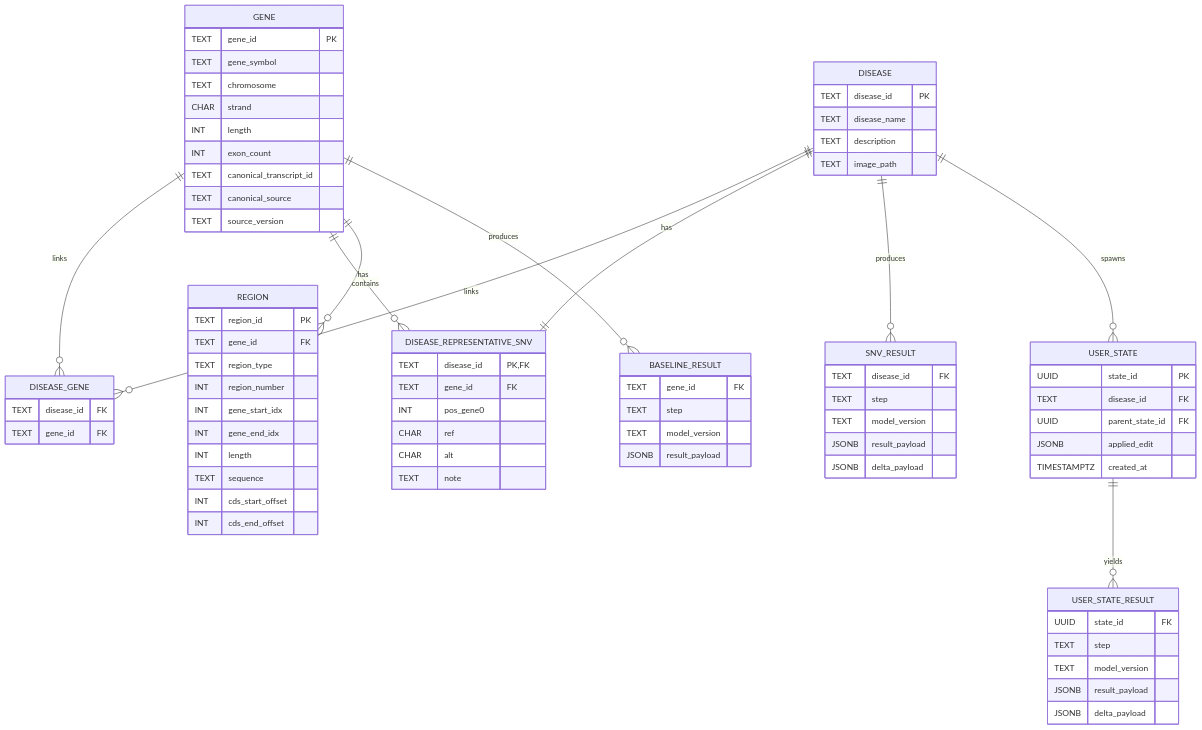
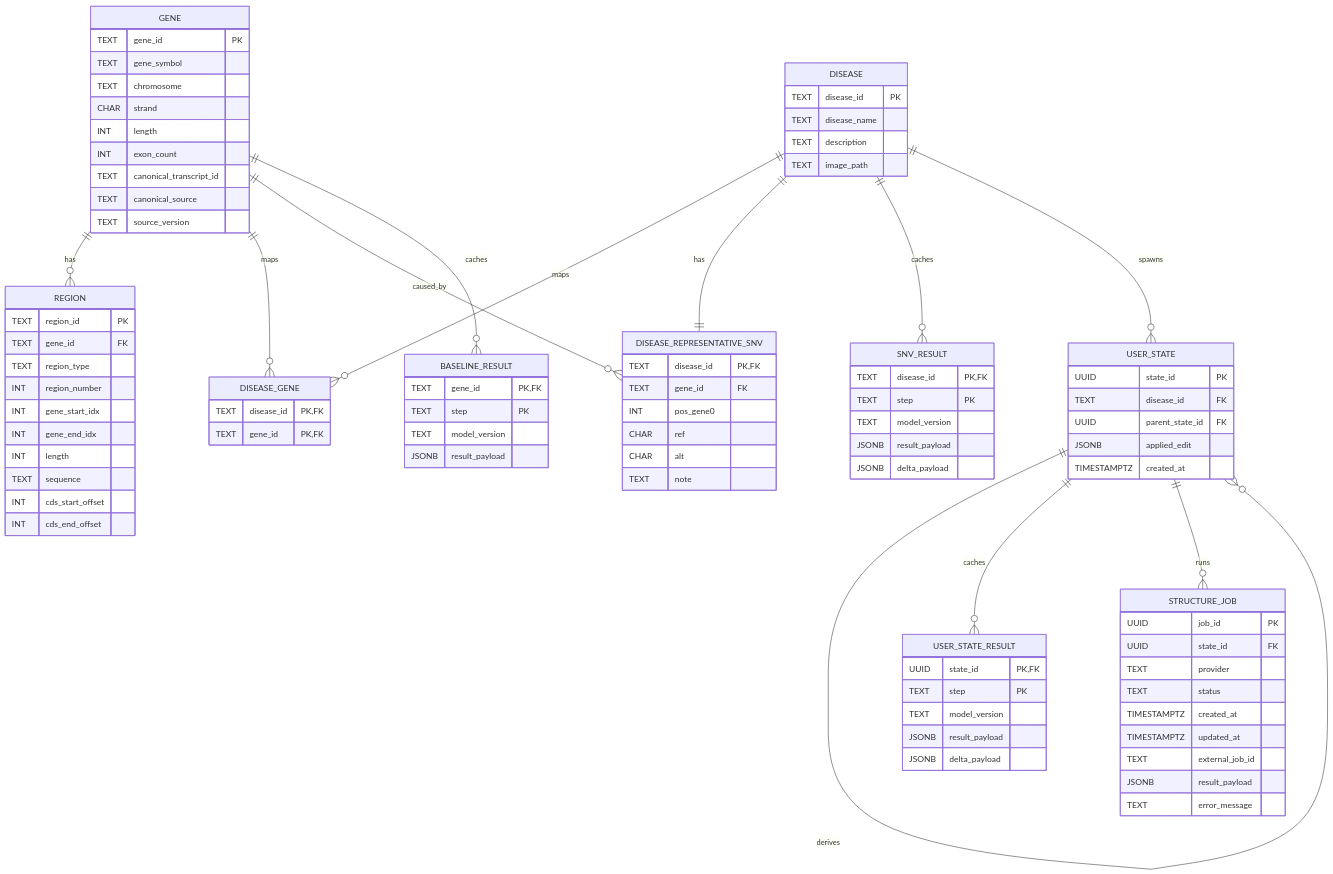
The diagram in docs/ER-diagram.md (the-martin-kang/splice-playground), drawn with Mermaid before and after one commit. The commit also changed 12 other files, not shown here.

````diff
--- a/docs/ER-diagram.md
+++ b/docs/ER-diagram.md
@@ -20,8 +20,8 @@
     }
 
     DISEASE_GENE {
-        TEXT disease_id FK
-        TEXT gene_id FK
+        TEXT disease_id PK, FK
+        TEXT gene_id PK, FK
     }
 
     DISEASE_REPRESENTATIVE_SNV {
@@ -47,15 +47,15 @@
     }
 
     BASELINE_RESULT {
-        TEXT gene_id FK
-        TEXT step
+        TEXT gene_id PK, FK
+        TEXT step PK
         TEXT model_version
         JSONB result_payload
     }
 
     SNV_RESULT {
-        TEXT disease_id FK
-        TEXT step
+        TEXT disease_id PK, FK
+        TEXT step PK
         TEXT model_version
         JSONB result_payload
         JSONB delta_payload
@@ -70,24 +70,39 @@
     }
 
     USER_STATE_RESULT {
-        UUID state_id FK
-        TEXT step
+        UUID state_id PK, FK
+        TEXT step PK
         TEXT model_version
         JSONB result_payload
         JSONB delta_payload
     }
 
-    DISEASE ||--o{ DISEASE_GENE : links
-    GENE ||--o{ DISEASE_GENE : links
-
-    DISEASE ||--|| DISEASE_REPRESENTATIVE_SNV : has
-    GENE ||--o{ DISEASE_REPRESENTATIVE_SNV : contains
+    STRUCTURE_JOB {
+        UUID job_id PK
+        UUID state_id FK
+        TEXT provider
+        TEXT status
+        TIMESTAMPTZ created_at
+        TIMESTAMPTZ updated_at
+        TEXT external_job_id
+        JSONB result_payload
+        TEXT error_message
+    }
 
     GENE ||--o{ REGION : has
 
-    GENE ||--o{ BASELINE_RESULT : produces
-    DISEASE ||--o{ SNV_RESULT : produces
+    DISEASE ||--o{ DISEASE_GENE : maps
+    GENE ||--o{ DISEASE_GENE : maps
+
+    DISEASE ||--|| DISEASE_REPRESENTATIVE_SNV : has
+    GENE ||--o{ DISEASE_REPRESENTATIVE_SNV : caused_by
+
+    GENE ||--o{ BASELINE_RESULT : caches
+    DISEASE ||--o{ SNV_RESULT : caches
 
     DISEASE ||--o{ USER_STATE : spawns
-    USER_STATE ||--o{ USER_STATE_RESULT : yields
+    USER_STATE ||--o{ USER_STATE : derives
+    USER_STATE ||--o{ USER_STATE_RESULT : caches
+
+    USER_STATE ||--o{ STRUCTURE_JOB : runs
 ```
````
